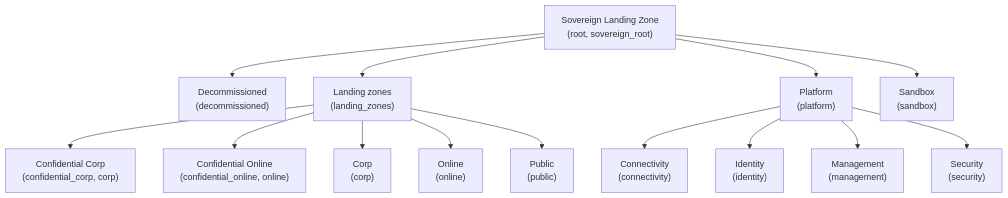
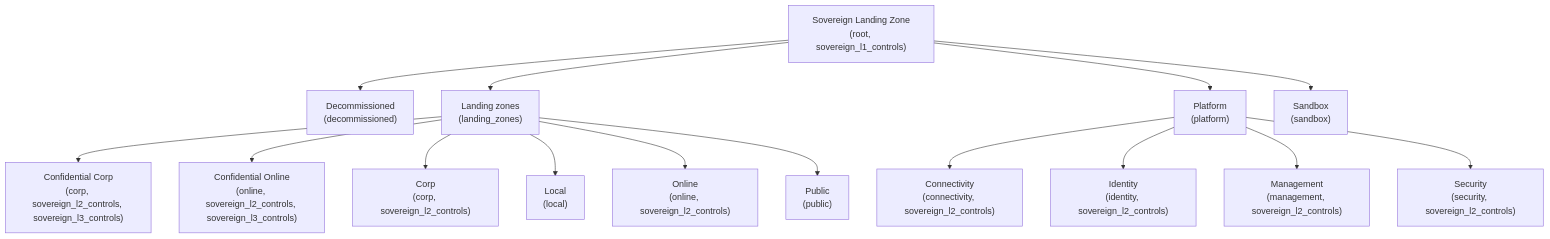
One commit to Azure/Azure-Landing-Zones-Library changed the second of 2 diagrams in platform/slz/README.md. Above: the diagram before and after it, drawn with Mermaid. The commit also changed other lines of this file and 15 other files, not shown here.

````diff
--- a/platform/slz/README.md
+++ b/platform/slz/README.md
@@ -73,45 +76,48 @@
 ```mermaid
 flowchart TD
   slz["Sovereign Landing Zone
-(root, sovereign_root)"]
+(root, sovereign_l1_controls)"]
   slz --> decommissioned
   decommissioned["Decommissioned
 (decommissioned)"]
   slz --> landingzones
   landingzones["Landing zones
 (landing_zones)"]
   landingzones --> confidential_corp
   confidential_corp["Confidential Corp
-(confidential_corp, corp)"]
+(corp, sovereign_l2_controls, sovereign_l3_controls)"]
   landingzones --> confidential_online
   confidential_online["Confidential Online
-(confidential_online, online)"]
+(online, sovereign_l2_controls, sovereign_l3_controls)"]
   landingzones --> corp
   corp["Corp
-(corp)"]
+(corp, sovereign_l2_controls)"]
+  landingzones --> local
+  local["Local
+(local)"]
   landingzones --> online
   online["Online
-(online)"]
+(online, sovereign_l2_controls)"]
   landingzones --> public
   public["Public
 (public)"]
   slz --> platform
   platform["Platform
 (platform)"]
   platform --> connectivity
   connectivity["Connectivity
-(connectivity)"]
+(connectivity, sovereign_l2_controls)"]
   platform --> identity
   identity["Identity
-(identity)"]
+(identity, sovereign_l2_controls)"]
   platform --> management
   management["Management
-(management)"]
+(management, sovereign_l2_controls)"]
   platform --> security
   security["Security
-(security)"]
+(security, sovereign_l2_controls)"]
   slz --> sandbox
   sandbox["Sandbox
 (sandbox)"]
 
 ```
````
